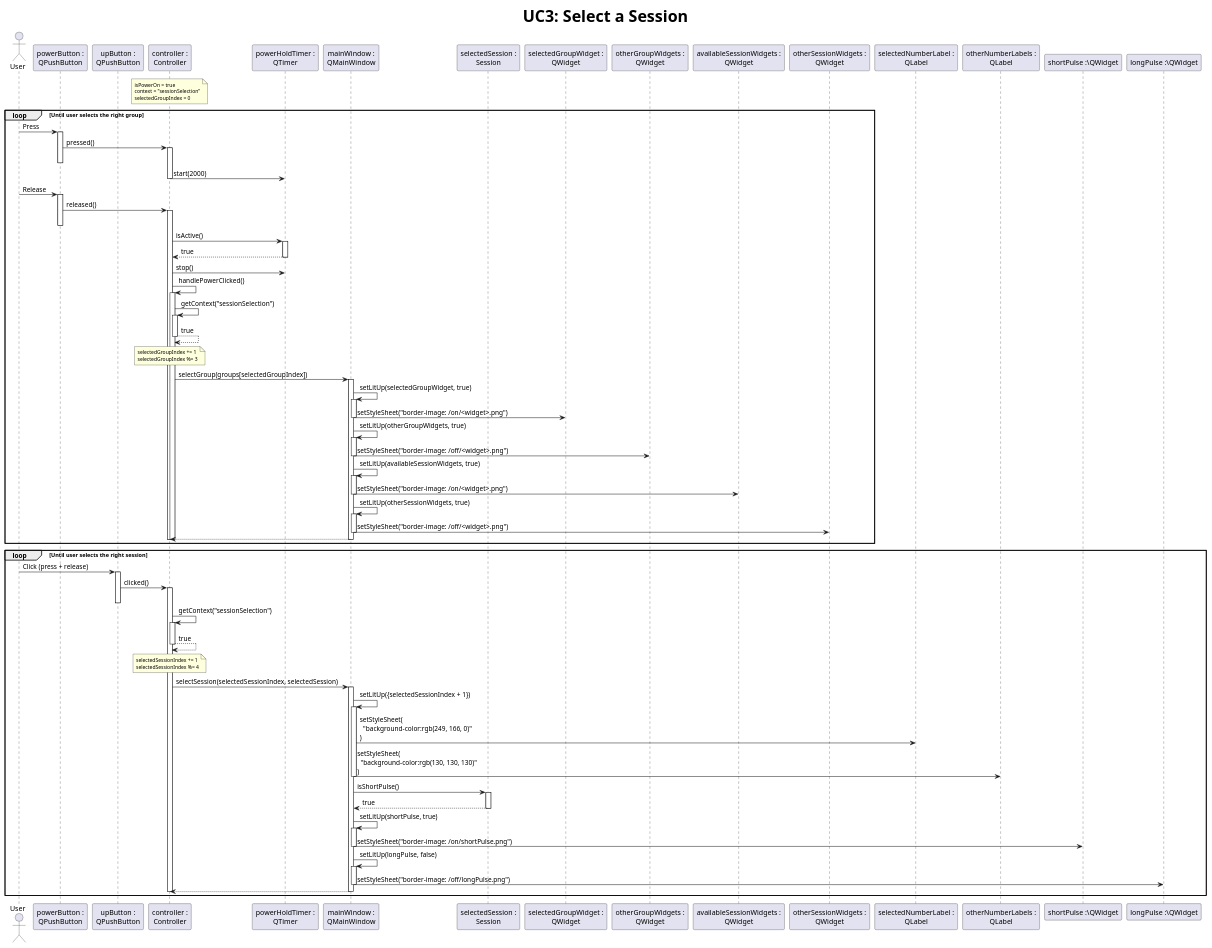
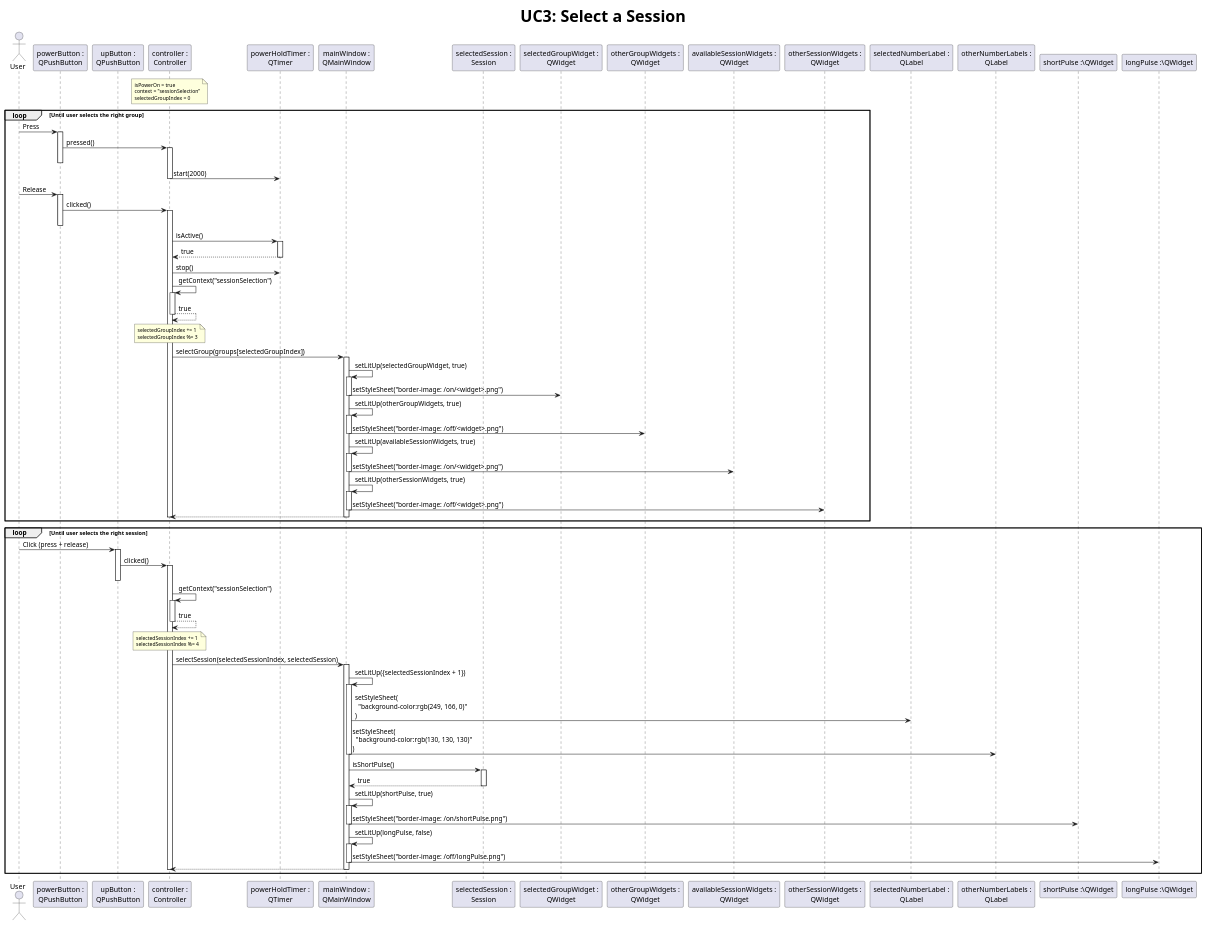
The diagram in design/sequence/UC3-selectSession.plantuml (alejita11011/CES-Simulator), drawn with PlantUML before and after one commit. The commit also changed 5 other files, not shown here.

Commit message:
Update diagrams using clicked() signal as done in #23

```diff
--- a/design/sequence/UC3-selectSession.plantuml
+++ b/design/sequence/UC3-selectSession.plantuml
@@ -1,77 +1,76 @@
 @startuml UC3-selectSession
 
 title <size:32>**UC3:** Select a Session
 
 actor       User as user
 participant "powerButton :\nQPushButton" as powerButton
 participant "upButton :\nQPushButton" as upButton
 ' participant "downButton :\nQPushButton" as downButton
 participant "controller :\nController" as controller
 participant "powerHoldTimer :\nQTimer" as powerHoldTimer
 participant "mainWindow :\nQMainWindow" as mainWindow
 participant "selectedSession :\nSession" as selectedSession
 participant "selectedGroupWidget :\nQWidget" as selectedGroupWidget
 participant "otherGroupWidgets :\nQWidget" as otherGroupWidgets
 participant "availableSessionWidgets :\nQWidget" as availableSessionWidgets
 participant "otherSessionWidgets :\nQWidget" as otherSessionWidgets
 participant "selectedNumberLabel :\nQLabel" as selectedNumberLabel
 participant "otherNumberLabels :\nQLabel" as otherNumberLabels
 participant "shortPulse :\QWidget" as shortPulse
 participant "longPulse :\QWidget" as longPulse
 
 note over controller: <size:10>isPowerOn = true\n<size:10>context = "sessionSelection"\n<size:10>selectedGroupIndex = 0
 
 loop Until user selects the right group
     user -> powerButton ++ : Press
     powerButton -> controller ++-- : pressed()
     controller -> powerHoldTimer -- : start(2000)
 
     user -> powerButton ++ : Release
-    powerButton -> controller ++-- : released()
+    powerButton -> controller ++-- : clicked()
     controller -> powerHoldTimer ++ : isActive()
     return true
     controller -> powerHoldTimer : stop()
-    controller -> controller ++ : handlePowerClicked()
     controller -> controller ++ : getContext("sessionSelection")
     return true
     note over controller: <size:10>selectedGroupIndex += 1\n<size:10>selectedGroupIndex %= 3
 
     controller -> mainWindow ++ : selectGroup(groups[selectedGroupIndex])
     mainWindow -> mainWindow ++ : setLitUp(selectedGroupWidget, true)
     mainWindow -> selectedGroupWidget -- : setStyleSheet("border-image: /on/<widget>.png")
     mainWindow -> mainWindow ++ : setLitUp(otherGroupWidgets, true)
     mainWindow -> otherGroupWidgets -- : setStyleSheet("border-image: /off/<widget>.png")
     mainWindow -> mainWindow ++ : setLitUp(availableSessionWidgets, true)
     mainWindow -> availableSessionWidgets -- : setStyleSheet("border-image: /on/<widget>.png")
     mainWindow -> mainWindow ++ : setLitUp(otherSessionWidgets, true)
     mainWindow -> otherSessionWidgets -- : setStyleSheet("border-image: /off/<widget>.png")
     return
     controller --
     controller --
 end ref
 
 loop Until user selects the right session
     user -> upButton ++ : Click (press + release)
     upButton -> controller ++-- : clicked()
 
     controller -> controller ++ : getContext("sessionSelection")
     return true
     note over controller: <size:10>selectedSessionIndex += 1\n<size:10>selectedSessionIndex %= 4
 
     controller -> mainWindow ++ : selectSession(selectedSessionIndex, selectedSession)
     mainWindow -> mainWindow ++ : setLitUp({selectedSessionIndex + 1})
     mainWindow -> selectedNumberLabel : setStyleSheet(\n  "background-color:rgb(249, 166, 0)"\n)
     mainWindow -> otherNumberLabels -- : setStyleSheet(\n  "background-color:rgb(130, 130, 130)"\n)
 
     mainWindow -> selectedSession ++ : isShortPulse()
     return true
 
     mainWindow -> mainWindow ++ : setLitUp(shortPulse, true)
     mainWindow -> shortPulse -- : setStyleSheet("border-image: /on/shortPulse.png")
     mainWindow -> mainWindow ++ : setLitUp(longPulse, false)
     mainWindow -> longPulse -- : setStyleSheet("border-image: /off/longPulse.png")
     return
     controller --
 end ref
 
 @enduml
```
